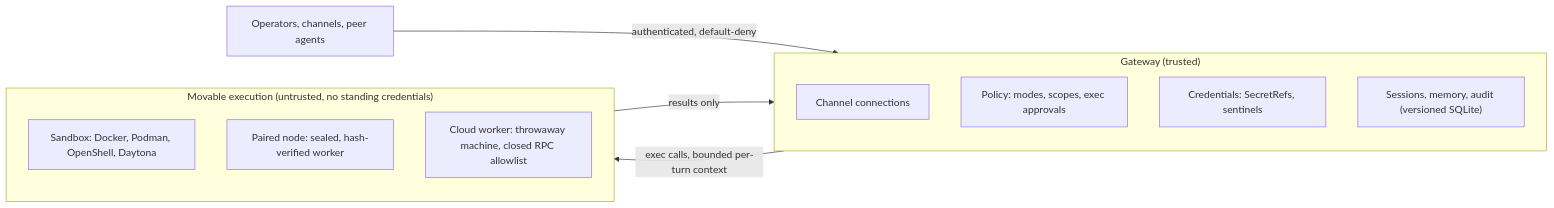
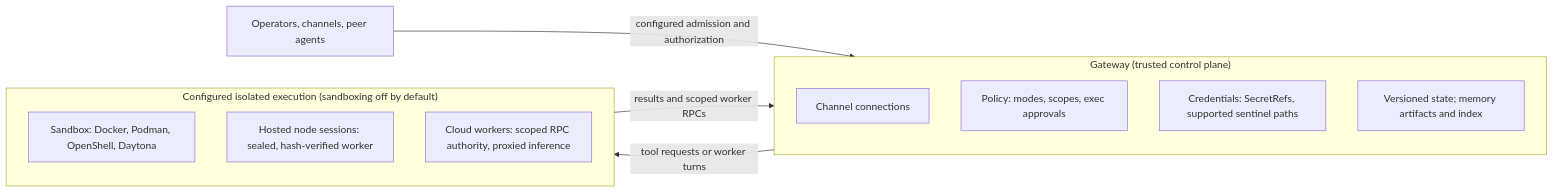
The first of 3 diagrams in docs/start/why-openclaw.md (123eyu/openclaw), drawn with Mermaid before and after one commit. The commit also changed other lines of this file, not shown here.

````diff
--- a/docs/start/why-openclaw.md
+++ b/docs/start/why-openclaw.md
@@ -58,19 +60,19 @@
 ```mermaid actions={true} placement="top-right"
 flowchart LR
-  subgraph GW["Gateway (trusted)"]
+  subgraph GW["Gateway (trusted control plane)"]
     direction TB
     CH["Channel connections"]
     POL["Policy: modes, scopes, exec approvals"]
-    SEC["Credentials: SecretRefs, sentinels"]
-    ST["Sessions, memory, audit (versioned SQLite)"]
+    SEC["Credentials: SecretRefs, supported sentinel paths"]
+    ST["Versioned state; memory artifacts and index"]
   end
-  subgraph EX["Movable execution (untrusted, no standing credentials)"]
+  subgraph EX["Configured isolated execution (sandboxing off by default)"]
     direction TB
     SB["Sandbox: Docker, Podman, OpenShell, Daytona"]
-    ND["Paired node: sealed, hash-verified worker"]
-    CW["Cloud worker: throwaway machine, closed RPC allowlist"]
+    ND["Hosted node sessions: sealed, hash-verified worker"]
+    CW["Cloud workers: scoped RPC authority, proxied inference"]
   end
-  OP["Operators, channels, peer agents"] -->|"authenticated, default-deny"| GW
-  GW -->|"exec calls, bounded per-turn context"| EX
-  EX -->|"results only"| GW
+  OP["Operators, channels, peer agents"] -->|"configured admission and authorization"| GW
+  GW -->|"tool requests or worker turns"| EX
+  EX -->|"results and scoped worker RPCs"| GW
 ```
````
